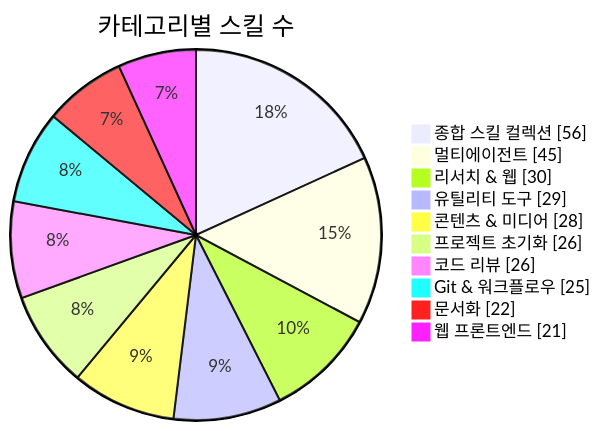
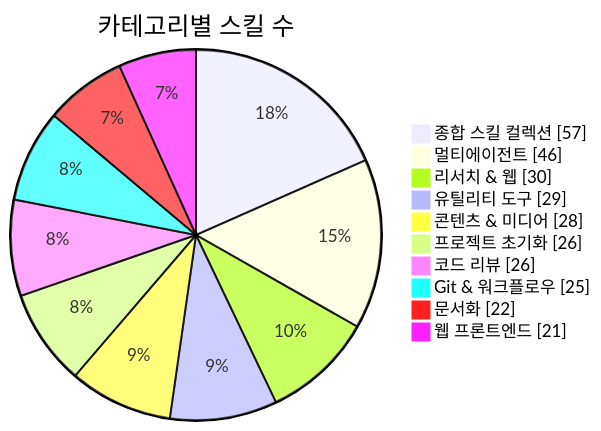
One commit to J-nowcow/awesome-korean-agent-skills changed the first of 3 diagrams in README.md. Above: the diagram before and after it, drawn with Mermaid. The commit also changed other lines of this file and 5 other files, not shown here.

````diff
--- a/README.md
+++ b/README.md
@@ -176,14 +176,14 @@
 ```mermaid
 pie showData
     title 카테고리별 스킬 수
-    "종합 스킬 컬렉션" : 56
-    "멀티에이전트" : 45
+    "종합 스킬 컬렉션" : 57
+    "멀티에이전트" : 46
     "리서치 & 웹" : 30
     "유틸리티 도구" : 29
     "콘텐츠 & 미디어" : 28
     "프로젝트 초기화" : 26
     "코드 리뷰" : 26
     "Git & 워크플로우" : 25
     "문서화" : 22
     "웹 프론트엔드" : 21
 ```
````
